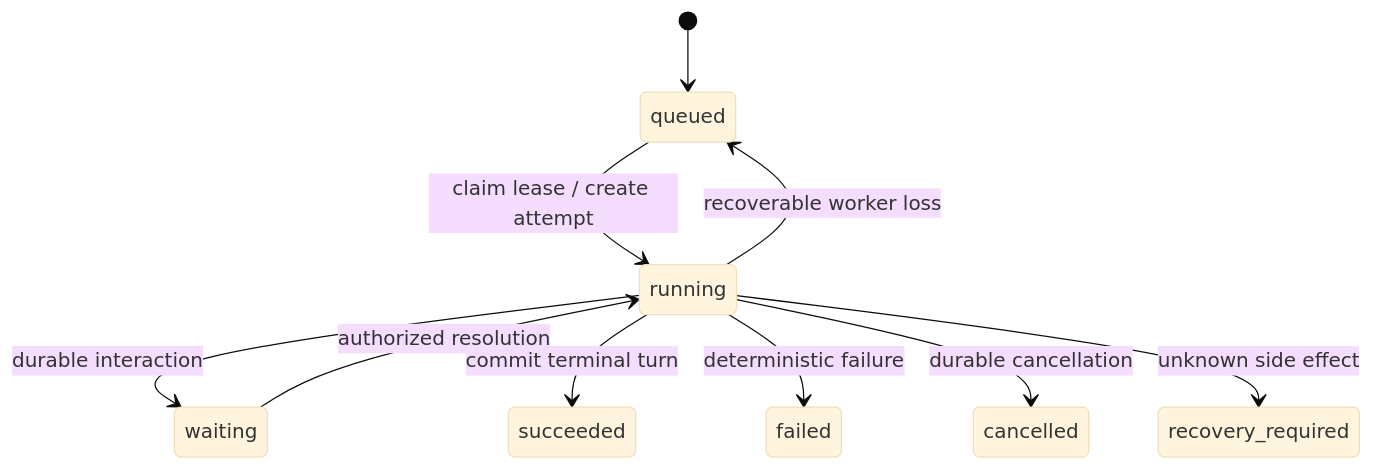
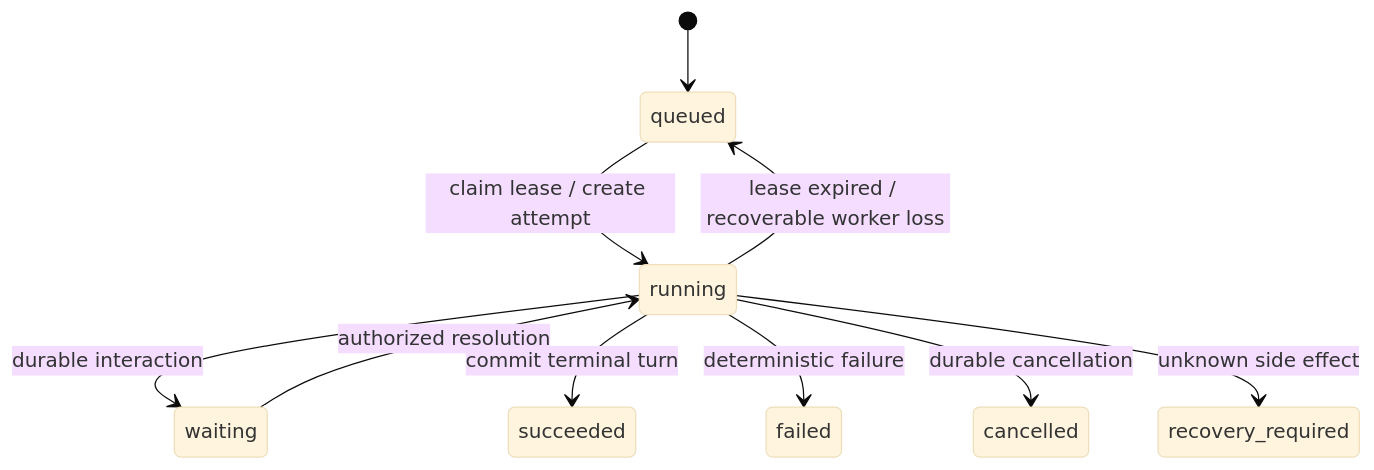
The diagram in docs/design/02-agent-runtime.md (Wpxknight/agentdemo), drawn with Mermaid (base theme) before and after one commit. The commit also changed other lines of this file and 17 other files, not shown here.

````diff
--- a/docs/design/02-agent-runtime.md
+++ b/docs/design/02-agent-runtime.md
@@ -17,12 +30,12 @@
 ```mermaid
 stateDiagram-v2
   [*] --> queued
   queued --> running: claim lease / create attempt
   running --> waiting: durable interaction
   waiting --> running: authorized resolution
   running --> succeeded: commit terminal turn
   running --> failed: deterministic failure
   running --> cancelled: durable cancellation
   running --> recovery_required: unknown side effect
-  running --> queued: recoverable worker loss
+  running --> queued: lease expired / recoverable worker loss
 ```
````
